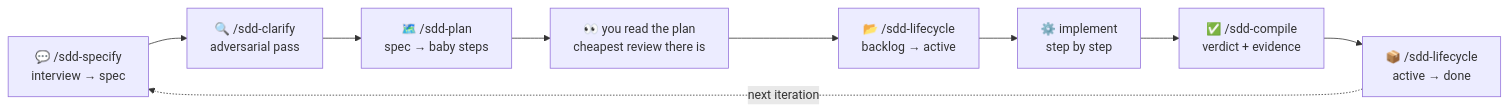
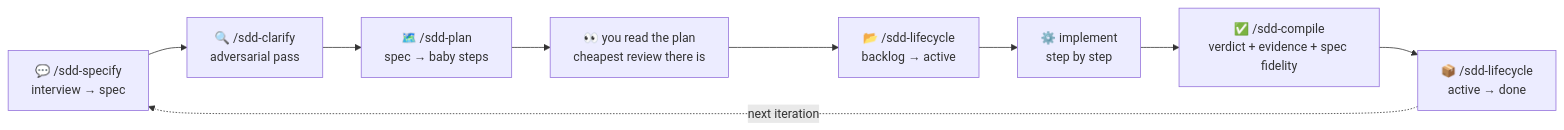
The diagram in README.md (GregorBiswanger/featherspec), drawn with Mermaid before and after one commit. The commit also changed other lines of this file and 5 other files, not shown here.

First line of the commit message:
FeatherSpec 1.9.0 — Spec fidelity in /sdd-compile (#16)

````diff
--- a/README.md
+++ b/README.md
@@ -195,11 +195,11 @@
 ```mermaid
 flowchart LR
   S["💬 /sdd-specify<br/>interview → spec"] --> K["🔍 /sdd-clarify<br/>adversarial pass"]
   K --> P["🗺️ /sdd-plan<br/>spec → baby steps"]
   P --> R["👀 you read the plan<br/>cheapest review there is"]
   R --> A["📂 /sdd-lifecycle<br/>backlog → active"]
   A --> I["⚙️ implement<br/>step by step"]
-  I --> C["✅ /sdd-compile<br/>verdict + evidence"]
+  I --> C["✅ /sdd-compile<br/>verdict + evidence + spec fidelity"]
   C --> L["📦 /sdd-lifecycle<br/>active → done"]
   L -.->|next iteration| S
 ```
````
